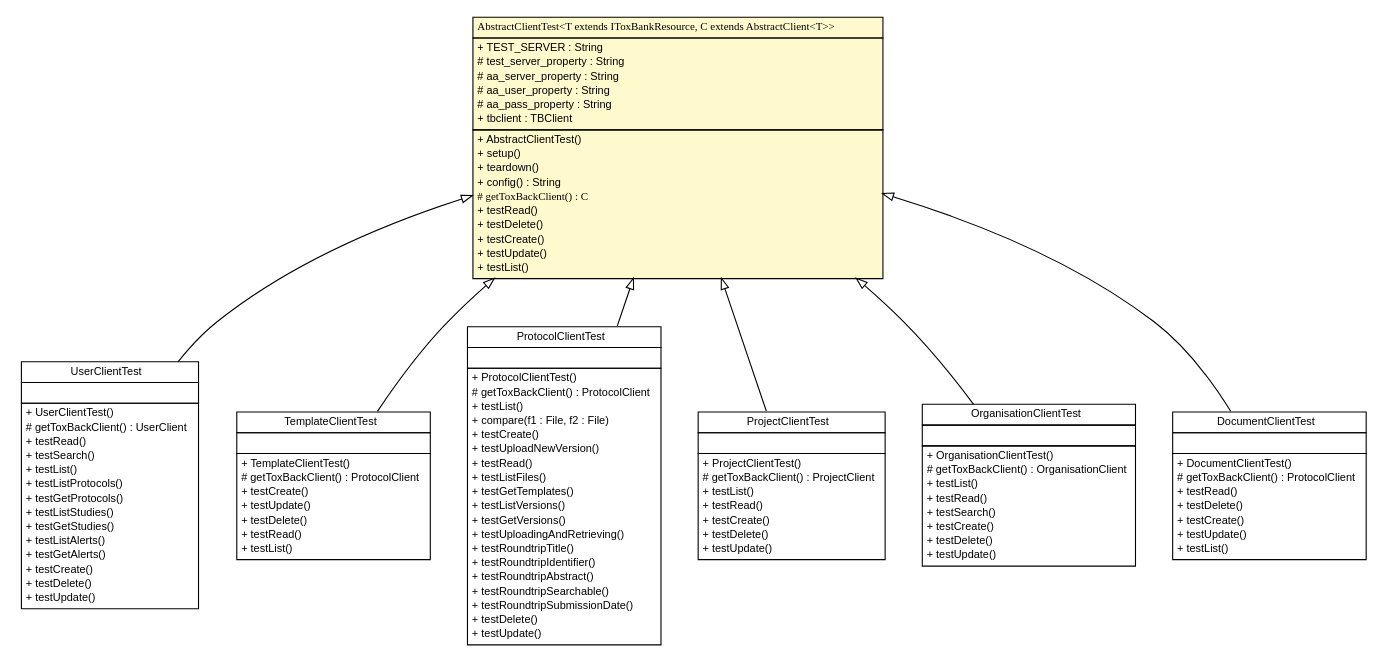
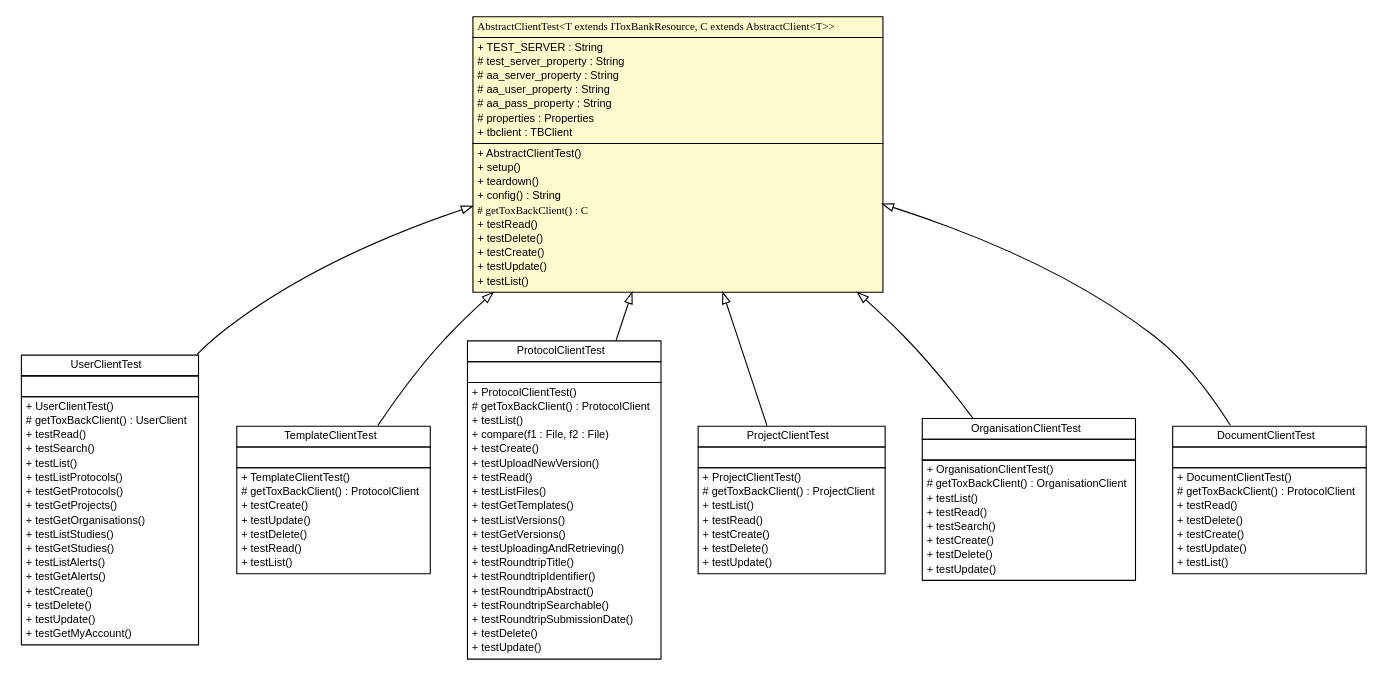
Before and after one commit to ToxBank/toxbank-api-client: the diagram in testapidocs/net/toxbank/client/resource/AbstractClientTest.dot, drawn with Graphviz. The commit also changed 151 other files, not shown here.

```diff
--- a/testapidocs/net/toxbank/client/resource/AbstractClientTest.dot
+++ b/testapidocs/net/toxbank/client/resource/AbstractClientTest.dot
@@ -1,176 +1,180 @@
 #!/usr/local/bin/dot
 #
 # Class diagram 
 # Generated by UmlGraph version 4.6 (http://www.spinellis.gr/sw/umlgraph)
 #
 
 digraph G {
 	edge [fontname="arial",fontsize=10,labelfontname="arial",labelfontsize=10];
 	node [fontname="arial",fontsize=10,shape=plaintext];
 	// net.toxbank.client.resource.UserClientTest
 	c132 [label=<<table border="0" cellborder="1" cellspacing="0" cellpadding="2" port="p" href="./UserClientTest.html">
 		<tr><td><table border="0" cellspacing="0" cellpadding="1">
 			<tr><td> UserClientTest </td></tr>
 		</table></td></tr>
 		<tr><td><table border="0" cellspacing="0" cellpadding="1">
 			<tr><td align="left">  </td></tr>
 		</table></td></tr>
 		<tr><td><table border="0" cellspacing="0" cellpadding="1">
 			<tr><td align="left"> + UserClientTest() </td></tr>
 			<tr><td align="left"> # getToxBackClient() : UserClient </td></tr>
 			<tr><td align="left"> + testRead() </td></tr>
 			<tr><td align="left"> + testSearch() </td></tr>
 			<tr><td align="left"> + testList() </td></tr>
 			<tr><td align="left"> + testListProtocols() </td></tr>
 			<tr><td align="left"> + testGetProtocols() </td></tr>
+			<tr><td align="left"> + testGetProjects() </td></tr>
+			<tr><td align="left"> + testGetOrganisations() </td></tr>
 			<tr><td align="left"> + testListStudies() </td></tr>
 			<tr><td align="left"> + testGetStudies() </td></tr>
 			<tr><td align="left"> + testListAlerts() </td></tr>
 			<tr><td align="left"> + testGetAlerts() </td></tr>
 			<tr><td align="left"> + testCreate() </td></tr>
 			<tr><td align="left"> + testDelete() </td></tr>
 			<tr><td align="left"> + testUpdate() </td></tr>
+			<tr><td align="left"> + testGetMyAccount() </td></tr>
 		</table></td></tr>
 		</table>>, fontname="arial", fontcolor="black", fontsize=10.0];
 	// net.toxbank.client.resource.TemplateClientTest
 	c133 [label=<<table border="0" cellborder="1" cellspacing="0" cellpadding="2" port="p" href="./TemplateClientTest.html">
 		<tr><td><table border="0" cellspacing="0" cellpadding="1">
 			<tr><td> TemplateClientTest </td></tr>
 		</table></td></tr>
 		<tr><td><table border="0" cellspacing="0" cellpadding="1">
 			<tr><td align="left">  </td></tr>
 		</table></td></tr>
 		<tr><td><table border="0" cellspacing="0" cellpadding="1">
 			<tr><td align="left"> + TemplateClientTest() </td></tr>
 			<tr><td align="left"> # getToxBackClient() : ProtocolClient </td></tr>
 			<tr><td align="left"> + testCreate() </td></tr>
 			<tr><td align="left"> + testUpdate() </td></tr>
 			<tr><td align="left"> + testDelete() </td></tr>
 			<tr><td align="left"> + testRead() </td></tr>
 			<tr><td align="left"> + testList() </td></tr>
 		</table></td></tr>
 		</table>>, fontname="arial", fontcolor="black", fontsize=10.0];
 	// net.toxbank.client.resource.ProtocolClientTest
 	c135 [label=<<table border="0" cellborder="1" cellspacing="0" cellpadding="2" port="p" href="./ProtocolClientTest.html">
 		<tr><td><table border="0" cellspacing="0" cellpadding="1">
 			<tr><td> ProtocolClientTest </td></tr>
 		</table></td></tr>
 		<tr><td><table border="0" cellspacing="0" cellpadding="1">
 			<tr><td align="left">  </td></tr>
 		</table></td></tr>
 		<tr><td><table border="0" cellspacing="0" cellpadding="1">
 			<tr><td align="left"> + ProtocolClientTest() </td></tr>
 			<tr><td align="left"> # getToxBackClient() : ProtocolClient </td></tr>
 			<tr><td align="left"> + testList() </td></tr>
 			<tr><td align="left"> + compare(f1 : File, f2 : File) </td></tr>
 			<tr><td align="left"> + testCreate() </td></tr>
 			<tr><td align="left"> + testUploadNewVersion() </td></tr>
 			<tr><td align="left"> + testRead() </td></tr>
 			<tr><td align="left"> + testListFiles() </td></tr>
 			<tr><td align="left"> + testGetTemplates() </td></tr>
 			<tr><td align="left"> + testListVersions() </td></tr>
 			<tr><td align="left"> + testGetVersions() </td></tr>
 			<tr><td align="left"> + testUploadingAndRetrieving() </td></tr>
 			<tr><td align="left"> + testRoundtripTitle() </td></tr>
 			<tr><td align="left"> + testRoundtripIdentifier() </td></tr>
 			<tr><td align="left"> + testRoundtripAbstract() </td></tr>
 			<tr><td align="left"> + testRoundtripSearchable() </td></tr>
 			<tr><td align="left"> + testRoundtripSubmissionDate() </td></tr>
 			<tr><td align="left"> + testDelete() </td></tr>
 			<tr><td align="left"> + testUpdate() </td></tr>
 		</table></td></tr>
 		</table>>, fontname="arial", fontcolor="black", fontsize=10.0];
 	// net.toxbank.client.resource.ProjectClientTest
 	c136 [label=<<table border="0" cellborder="1" cellspacing="0" cellpadding="2" port="p" href="./ProjectClientTest.html">
 		<tr><td><table border="0" cellspacing="0" cellpadding="1">
 			<tr><td> ProjectClientTest </td></tr>
 		</table></td></tr>
 		<tr><td><table border="0" cellspacing="0" cellpadding="1">
 			<tr><td align="left">  </td></tr>
 		</table></td></tr>
 		<tr><td><table border="0" cellspacing="0" cellpadding="1">
 			<tr><td align="left"> + ProjectClientTest() </td></tr>
 			<tr><td align="left"> # getToxBackClient() : ProjectClient </td></tr>
 			<tr><td align="left"> + testList() </td></tr>
 			<tr><td align="left"> + testRead() </td></tr>
 			<tr><td align="left"> + testCreate() </td></tr>
 			<tr><td align="left"> + testDelete() </td></tr>
 			<tr><td align="left"> + testUpdate() </td></tr>
 		</table></td></tr>
 		</table>>, fontname="arial", fontcolor="black", fontsize=10.0];
 	// net.toxbank.client.resource.OrganisationClientTest
 	c137 [label=<<table border="0" cellborder="1" cellspacing="0" cellpadding="2" port="p" href="./OrganisationClientTest.html">
 		<tr><td><table border="0" cellspacing="0" cellpadding="1">
 			<tr><td> OrganisationClientTest </td></tr>
 		</table></td></tr>
 		<tr><td><table border="0" cellspacing="0" cellpadding="1">
 			<tr><td align="left">  </td></tr>
 		</table></td></tr>
 		<tr><td><table border="0" cellspacing="0" cellpadding="1">
 			<tr><td align="left"> + OrganisationClientTest() </td></tr>
 			<tr><td align="left"> # getToxBackClient() : OrganisationClient </td></tr>
 			<tr><td align="left"> + testList() </td></tr>
 			<tr><td align="left"> + testRead() </td></tr>
 			<tr><td align="left"> + testSearch() </td></tr>
 			<tr><td align="left"> + testCreate() </td></tr>
 			<tr><td align="left"> + testDelete() </td></tr>
 			<tr><td align="left"> + testUpdate() </td></tr>
 		</table></td></tr>
 		</table>>, fontname="arial", fontcolor="black", fontsize=10.0];
 	// net.toxbank.client.resource.DocumentClientTest
 	c138 [label=<<table border="0" cellborder="1" cellspacing="0" cellpadding="2" port="p" href="./DocumentClientTest.html">
 		<tr><td><table border="0" cellspacing="0" cellpadding="1">
 			<tr><td> DocumentClientTest </td></tr>
 		</table></td></tr>
 		<tr><td><table border="0" cellspacing="0" cellpadding="1">
 			<tr><td align="left">  </td></tr>
 		</table></td></tr>
 		<tr><td><table border="0" cellspacing="0" cellpadding="1">
 			<tr><td align="left"> + DocumentClientTest() </td></tr>
 			<tr><td align="left"> # getToxBackClient() : ProtocolClient </td></tr>
 			<tr><td align="left"> + testRead() </td></tr>
 			<tr><td align="left"> + testDelete() </td></tr>
 			<tr><td align="left"> + testCreate() </td></tr>
 			<tr><td align="left"> + testUpdate() </td></tr>
 			<tr><td align="left"> + testList() </td></tr>
 		</table></td></tr>
 		</table>>, fontname="arial", fontcolor="black", fontsize=10.0];
 	// net.toxbank.client.resource.AbstractClientTest<T extends net.toxbank.client.resource.IToxBankResource, C extends net.toxbank.client.resource.AbstractClient<T>>
 	c142 [label=<<table border="0" cellborder="1" cellspacing="0" cellpadding="2" port="p" bgcolor="lemonChiffon" href="./AbstractClientTest.html">
 		<tr><td><table border="0" cellspacing="0" cellpadding="1">
 			<tr><td><font face="ariali"> AbstractClientTest&lt;T extends IToxBankResource, C extends AbstractClient&lt;T&gt;&gt; </font></td></tr>
 		</table></td></tr>
 		<tr><td><table border="0" cellspacing="0" cellpadding="1">
 			<tr><td align="left"> + TEST_SERVER : String </td></tr>
 			<tr><td align="left"> # test_server_property : String </td></tr>
 			<tr><td align="left"> # aa_server_property : String </td></tr>
 			<tr><td align="left"> # aa_user_property : String </td></tr>
 			<tr><td align="left"> # aa_pass_property : String </td></tr>
+			<tr><td align="left"> # properties : Properties </td></tr>
 			<tr><td align="left"> + tbclient : TBClient </td></tr>
 		</table></td></tr>
 		<tr><td><table border="0" cellspacing="0" cellpadding="1">
 			<tr><td align="left"> + AbstractClientTest() </td></tr>
 			<tr><td align="left"> + setup() </td></tr>
 			<tr><td align="left"> + teardown() </td></tr>
 			<tr><td align="left"> + config() : String </td></tr>
 			<tr><td align="left"><font face="ariali" point-size="10.0"> # getToxBackClient() : C </font></td></tr>
 			<tr><td align="left"> + testRead() </td></tr>
 			<tr><td align="left"> + testDelete() </td></tr>
 			<tr><td align="left"> + testCreate() </td></tr>
 			<tr><td align="left"> + testUpdate() </td></tr>
 			<tr><td align="left"> + testList() </td></tr>
 		</table></td></tr>
 		</table>>, fontname="arial", fontcolor="black", fontsize=10.0];
 	//net.toxbank.client.resource.UserClientTest extends net.toxbank.client.resource.AbstractClientTest<net.toxbank.client.resource.User, net.toxbank.client.resource.UserClient>
 	c142:p -> c132:p [dir=back,arrowtail=empty];
 	//net.toxbank.client.resource.TemplateClientTest extends net.toxbank.client.resource.AbstractClientTest<net.toxbank.client.resource.Protocol, net.toxbank.client.resource.ProtocolClient>
 	c142:p -> c133:p [dir=back,arrowtail=empty];
 	//net.toxbank.client.resource.ProtocolClientTest extends net.toxbank.client.resource.AbstractClientTest<net.toxbank.client.resource.Protocol, net.toxbank.client.resource.ProtocolClient>
 	c142:p -> c135:p [dir=back,arrowtail=empty];
 	//net.toxbank.client.resource.ProjectClientTest extends net.toxbank.client.resource.AbstractClientTest<net.toxbank.client.resource.Project, net.toxbank.client.resource.ProjectClient>
 	c142:p -> c136:p [dir=back,arrowtail=empty];
 	//net.toxbank.client.resource.OrganisationClientTest extends net.toxbank.client.resource.AbstractClientTest<net.toxbank.client.resource.Organisation, net.toxbank.client.resource.OrganisationClient>
 	c142:p -> c137:p [dir=back,arrowtail=empty];
 	//net.toxbank.client.resource.DocumentClientTest extends net.toxbank.client.resource.AbstractClientTest<net.toxbank.client.resource.Protocol, net.toxbank.client.resource.ProtocolClient>
 	c142:p -> c138:p [dir=back,arrowtail=empty];
 }
```
